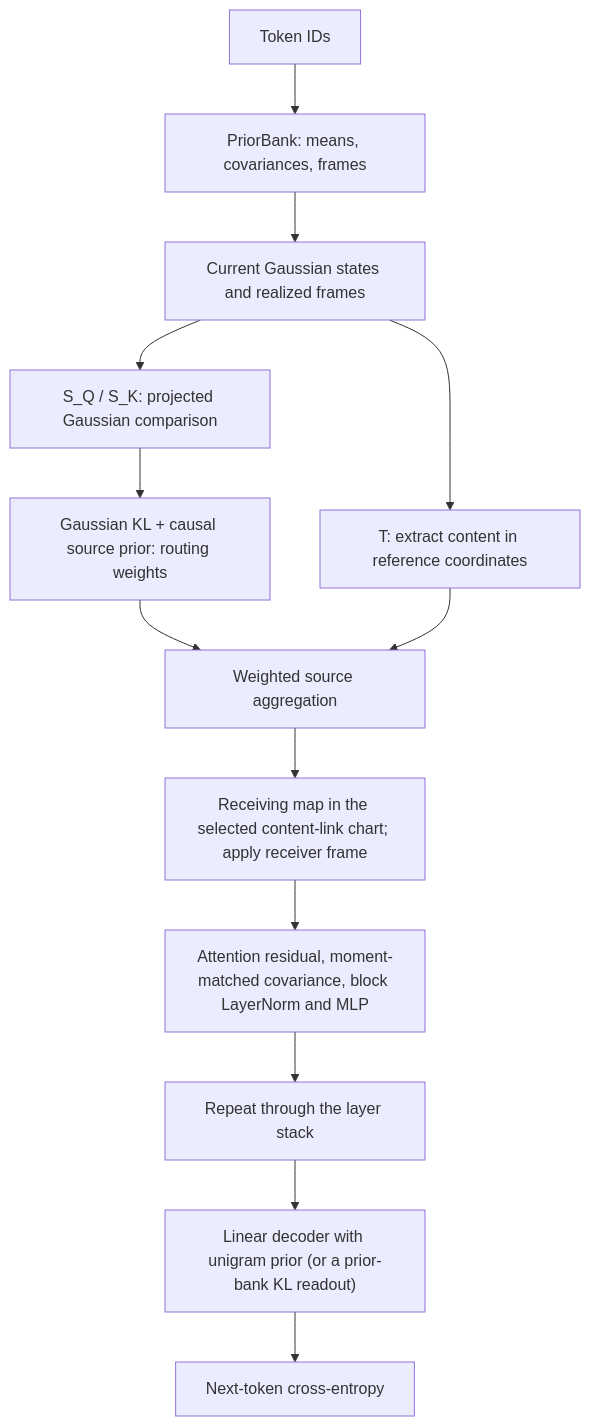
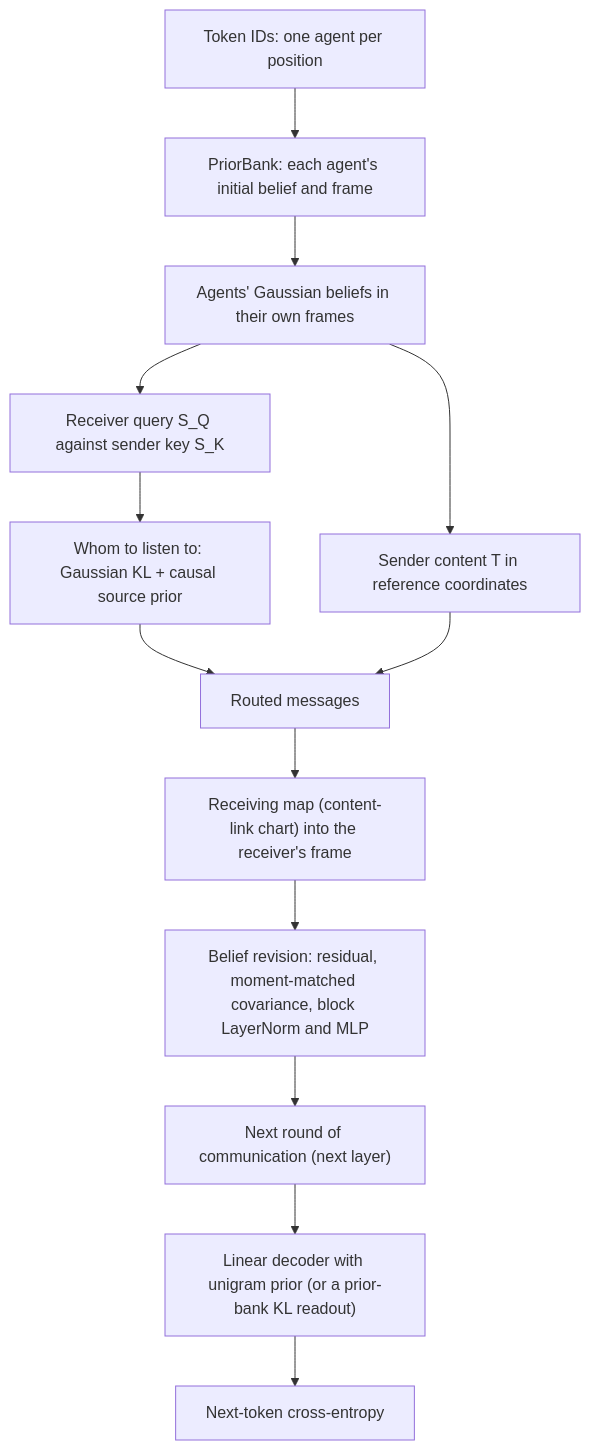
One commit to cdenn016/VFE_3.0 changed the diagram in README.md. Above: the diagram before and after it, drawn with Mermaid. The commit also changed other lines of this file, not shown here.

First line of the commit message:
README: agent-centered framing; remove disallowed \operatorname

````diff
--- a/README.md
+++ b/README.md
@@ -25,15 +45,15 @@
 ```mermaid
 flowchart TD
-    Tokens["Token IDs"] --> Bank["PriorBank: means, covariances, frames"]
-    Bank --> State["Current Gaussian states and realized frames"]
-    State --> Compare["S_Q / S_K: projected Gaussian comparison"]
-    Compare --> Router["Gaussian KL + causal source prior: routing weights"]
-    State --> Send["T: extract content in reference coordinates"]
-    Router --> Pool["Weighted source aggregation"]
+    Tokens["Token IDs: one agent per position"] --> Bank["PriorBank: each agent's initial belief and frame"]
+    Bank --> State["Agents' Gaussian beliefs in their own frames"]
+    State --> Compare["Receiver query S_Q against sender key S_K"]
+    Compare --> Router["Whom to listen to: Gaussian KL + causal source prior"]
+    State --> Send["Sender content T in reference coordinates"]
+    Router --> Pool["Routed messages"]
     Send --> Pool
-    Pool --> Receive["Receiving map in the selected content-link chart; apply receiver frame"]
-    Receive --> Residual["Attention residual, moment-matched covariance, block LayerNorm and MLP"]
-    Residual --> Next["Repeat through the layer stack"]
+    Pool --> Receive["Receiving map (content-link chart) into the receiver's frame"]
+    Receive --> Residual["Belief revision: residual, moment-matched covariance, block LayerNorm and MLP"]
+    Residual --> Next["Next round of communication (next layer)"]
     Next --> Decode["Linear decoder with unigram prior (or a prior-bank KL readout)"]
     Decode --> Loss["Next-token cross-entropy"]
 ```
````
